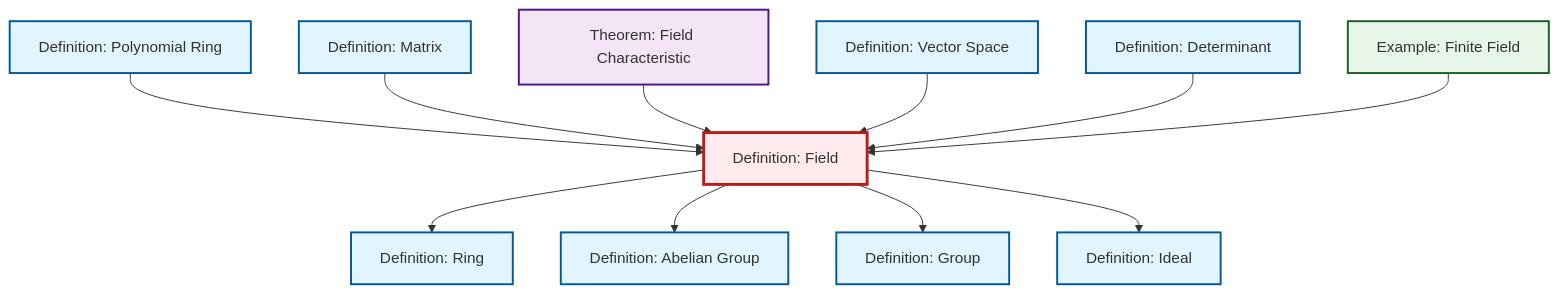
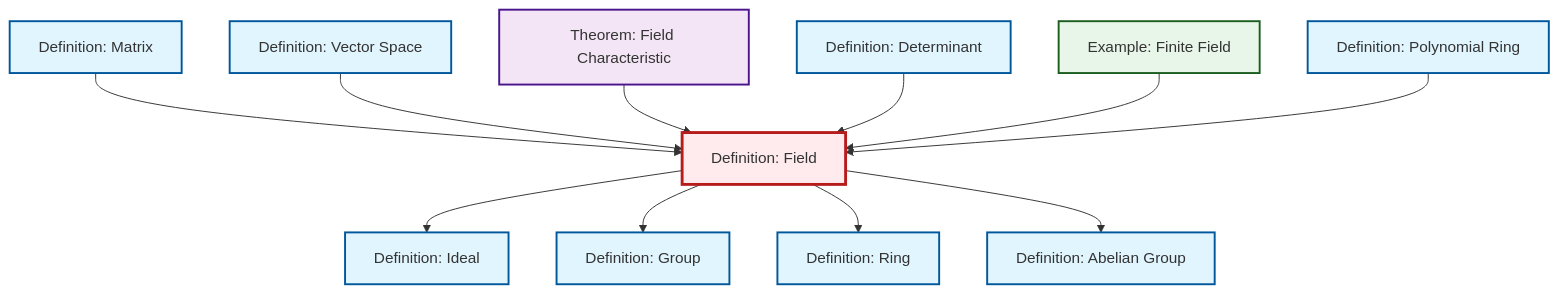
Before and after one commit to RK0429/ModernMath: the diagram in content/ja/algebra/def-field.qmd, drawn with Mermaid. The commit also changed other lines of this file and 554 other files, not shown here.

````diff
--- a/content/ja/algebra/def-field.qmd
+++ b/content/ja/algebra/def-field.qmd
@@ -58,41 +58,41 @@
 ```{mermaid}
 %%| fig-cap: "Local dependency graph"
 graph TD
     classDef definition fill:#e1f5fe,stroke:#01579b,stroke-width:2px
     classDef theorem fill:#f3e5f5,stroke:#4a148c,stroke-width:2px
     classDef axiom fill:#fff3e0,stroke:#e65100,stroke-width:2px
     classDef example fill:#e8f5e9,stroke:#1b5e20,stroke-width:2px
     classDef current fill:#ffebee,stroke:#b71c1c,stroke-width:3px
+    def-field["Definition: Field"]:::definition
+    def-ring["Definition: Ring"]:::definition
+    ex-finite-field["Example: Finite Field"]:::example
+    def-vector-space["Definition: Vector Space"]:::definition
     def-ideal["Definition: Ideal"]:::definition
+    thm-field-characteristic["Theorem: Field Characteristic"]:::theorem
     def-abelian-group["Definition: Abelian Group"]:::definition
-    ex-finite-field["Example: Finite Field"]:::example
-    def-field["Definition: Field"]:::definition
+    def-polynomial-ring["Definition: Polynomial Ring"]:::definition
+    def-group["Definition: Group"]:::definition
+    def-matrix["Definition: Matrix"]:::definition
     def-determinant["Definition: Determinant"]:::definition
-    def-group["Definition: Group"]:::definition
-    thm-field-characteristic["Theorem: Field Characteristic"]:::theorem
-    def-vector-space["Definition: Vector Space"]:::definition
-    def-matrix["Definition: Matrix"]:::definition
-    def-ring["Definition: Ring"]:::definition
-    def-polynomial-ring["Definition: Polynomial Ring"]:::definition
+    def-matrix --> def-field
+    def-vector-space --> def-field
+    thm-field-characteristic --> def-field
+    def-determinant --> def-field
+    def-field --> def-ideal
+    def-field --> def-group
+    ex-finite-field --> def-field
     def-field --> def-ring
+    def-field --> def-abelian-group
     def-polynomial-ring --> def-field
-    def-matrix --> def-field
-    thm-field-characteristic --> def-field
-    def-field --> def-abelian-group
-    def-vector-space --> def-field
-    def-determinant --> def-field
-    def-field --> def-group
-    def-field --> def-ideal
-    ex-finite-field --> def-field
     class def-field current
+    click def-ring "def-ring.html" "Definition: Ringへ"
+    click ex-finite-field "ex-finite-field.html" "Example: Finite Fieldへ"
+    click def-vector-space "def-vector-space.html" "Definition: Vector Spaceへ"
     click def-ideal "def-ideal.html" "Definition: Idealへ"
+    click thm-field-characteristic "thm-field-characteristic.html" "Theorem: Field Characteristicへ"
     click def-abelian-group "def-abelian-group.html" "Definition: Abelian Groupへ"
-    click ex-finite-field "ex-finite-field.html" "Example: Finite Fieldへ"
+    click def-polynomial-ring "def-polynomial-ring.html" "Definition: Polynomial Ringへ"
+    click def-group "def-group.html" "Definition: Groupへ"
+    click def-matrix "def-matrix.html" "Definition: Matrixへ"
     click def-determinant "def-determinant.html" "Definition: Determinantへ"
-    click def-group "def-group.html" "Definition: Groupへ"
-    click thm-field-characteristic "thm-field-characteristic.html" "Theorem: Field Characteristicへ"
-    click def-vector-space "def-vector-space.html" "Definition: Vector Spaceへ"
-    click def-matrix "def-matrix.html" "Definition: Matrixへ"
-    click def-ring "def-ring.html" "Definition: Ringへ"
-    click def-polynomial-ring "def-polynomial-ring.html" "Definition: Polynomial Ringへ"
 ```
````
